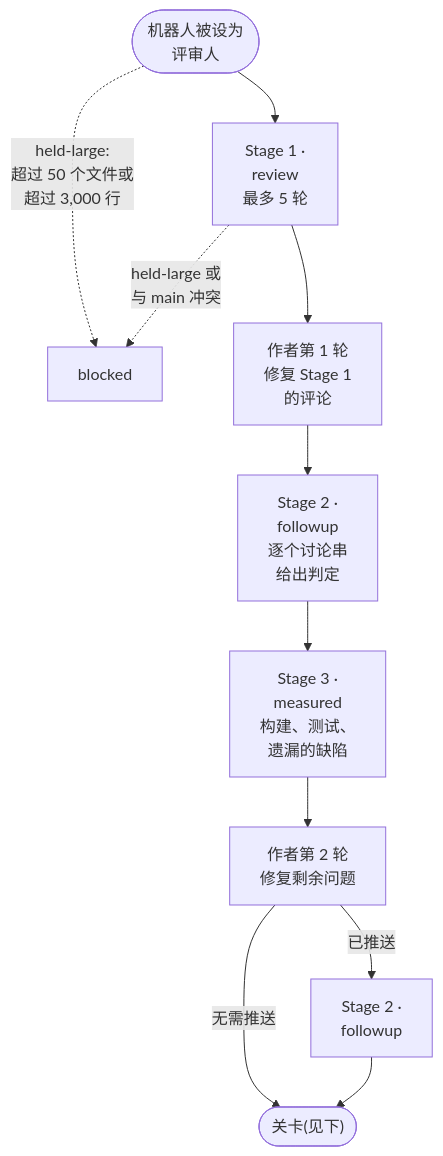
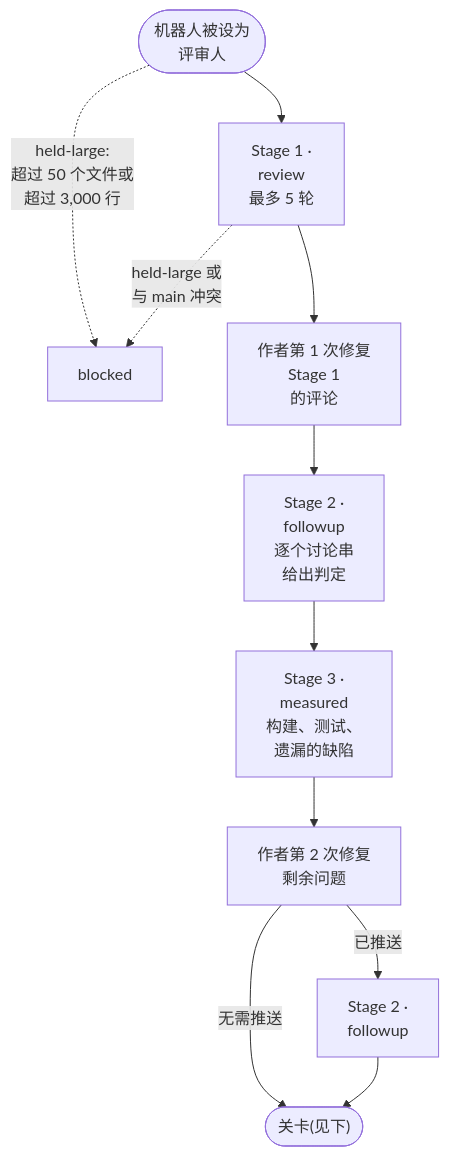
Before and after one commit to thswlsqls/pr-quorum: the first of 4 diagrams in README.zh-CN.md, drawn with Mermaid. The commit also changed other lines of this file, not shown here.

Commit message:
docs : [docs/readme-diagrams] Clarify the deny and author-pass labels in the Chinese diagrams

````diff
--- a/README.zh-CN.md
+++ b/README.zh-CN.md
@@ -27,13 +27,13 @@
 ```mermaid
 flowchart TD
   RQ(["机器人被设为<br/>评审人"]) --> S1["Stage 1 ·<br/>review<br/>最多 5 轮"]
   RQ -. "held-large:<br/>超过 50 个文件或<br/>超过 3,000 行" .-> BL[blocked]
   S1 -. "held-large 或<br/>与 main 冲突" .-> BL
-  S1 --> A1["作者第 1 轮<br/>修复 Stage 1<br/>的评论"]
+  S1 --> A1["作者第 1 次修复<br/>Stage 1<br/>的评论"]
   A1 --> S2["Stage 2 ·<br/>followup<br/>逐个讨论串<br/>给出判定"]
   S2 --> S3["Stage 3 ·<br/>measured<br/>构建、测试、<br/>遗漏的缺陷"]
-  S3 --> A2["作者第 2 轮<br/>修复剩余问题"]
+  S3 --> A2["作者第 2 次修复<br/>剩余问题"]
   A2 -- "已推送" --> S2b["Stage 2 ·<br/>followup"]
   A2 -- "无需推送" --> G(["关卡(见下)"])
   S2b --> G
 ```
````
